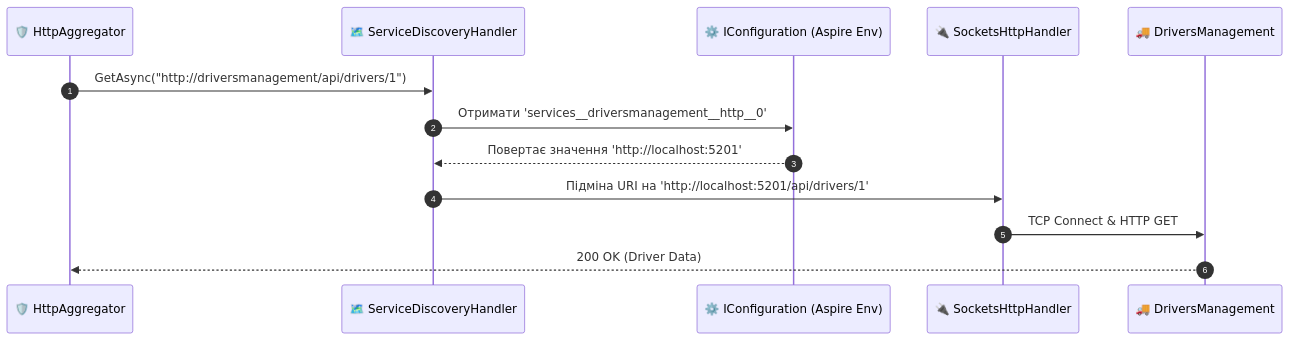
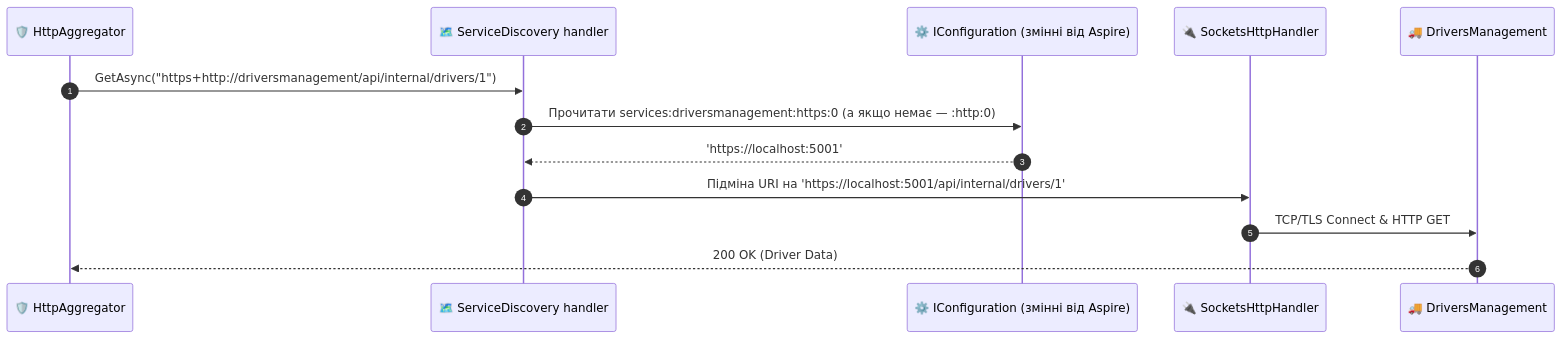
One commit to MrTomkaYurii/Demo-CargoDeliveryService changed the second of 5 diagrams in 02-Microservices-Craftsman/02-01-Aspire-Documentation/06_ServiceDiscovery_Resilience_Polly_HttpClient.md. Above: the diagram before and after it, drawn with Mermaid. The commit also changed other lines of this file and 227 other files, not shown here.

````diff
--- a/02-Microservices-Craftsman/02-01-Aspire-Documentation/06_ServiceDiscovery_Resilience_Polly_HttpClient.md
+++ b/02-Microservices-Craftsman/02-01-Aspire-Documentation/06_ServiceDiscovery_Resilience_Polly_HttpClient.md
@@ -84,16 +88,16 @@
 ```mermaid
 sequenceDiagram
     autonumber
     participant App as 🛡️ HttpAggregator
-    participant SD as 🗺️ ServiceDiscoveryHandler
-    participant Env as ⚙️ IConfiguration (Aspire Env)
+    participant SD as 🗺️ ServiceDiscovery handler
+    participant Env as ⚙️ IConfiguration (змінні від Aspire)
     participant Sockets as 🔌 SocketsHttpHandler
     participant Target as 🚚 DriversManagement
 
-    App->>SD: GetAsync("http://driversmanagement/api/drivers/1")
-    SD->>Env: Отримати 'services__driversmanagement__http__0'
-    Env-->>SD: Повертає значення 'http://localhost:5201'
-    SD->>Sockets: Підміна URI на 'http://localhost:5201/api/drivers/1'
-    Sockets->>Target: TCP Connect & HTTP GET
+    App->>SD: GetAsync("https+http://driversmanagement/api/internal/drivers/1")
+    SD->>Env: Прочитати services:driversmanagement:https:0 (а якщо немає — :http:0)
+    Env-->>SD: 'https://localhost:5001'
+    SD->>Sockets: Підміна URI на 'https://localhost:5001/api/internal/drivers/1'
+    Sockets->>Target: TCP/TLS Connect & HTTP GET
     Target-->>App: 200 OK (Driver Data)
 ```
````
